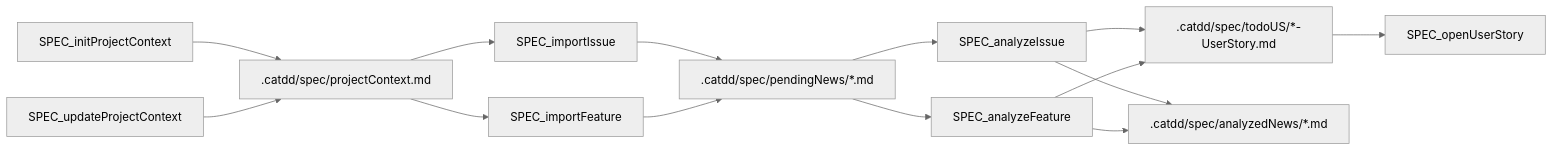
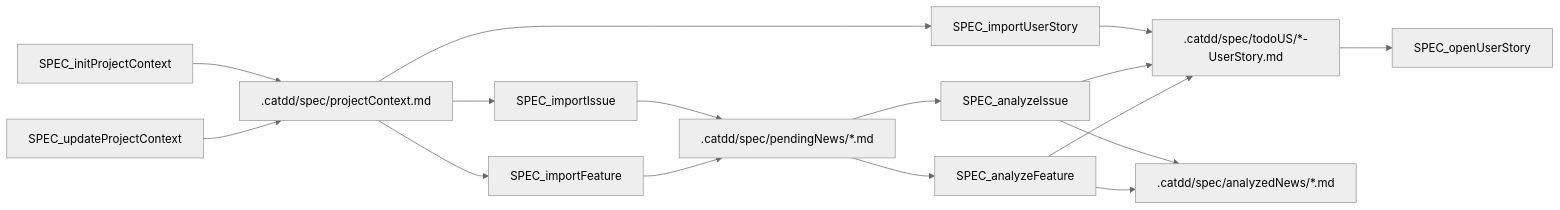
Before and after one commit to EnigmaWU/MyCaTDD: the first of 3 diagrams in slashCommands/flows/Px-SpecFlow.md, drawn with Mermaid (neutral theme). The commit also changed other lines of this file and 1 other file, not shown here.

First line of the commit message:
specflow: direct structured user-story import to todoUS

````diff
--- a/slashCommands/flows/Px-SpecFlow.md
+++ b/slashCommands/flows/Px-SpecFlow.md
@@ -149,18 +154,20 @@
 ```mermaid
 flowchart LR
     Init["SPEC_initProjectContext"] --> Context[".catdd/spec/projectContext.md"]
     UpdateContext["SPEC_updateProjectContext"] --> Context
     Context --> ImportIssue["SPEC_importIssue"]
     Context --> ImportFeature["SPEC_importFeature"]
+    Context --> ImportUserStory["SPEC_importUserStory"]
 
     ImportIssue --> Pending[".catdd/spec/pendingNews/*.md"]
     ImportFeature --> Pending
+    ImportUserStory --> Todo
     Pending --> AnalyzeIssue["SPEC_analyzeIssue"]
     Pending --> AnalyzeFeature["SPEC_analyzeFeature"]
     AnalyzeIssue --> Todo[".catdd/spec/todoUS/*-UserStory.md"]
     AnalyzeFeature --> Todo
     AnalyzeIssue --> Analyzed[".catdd/spec/analyzedNews/*.md"]
     AnalyzeFeature --> Analyzed
 
     Todo --> Open["SPEC_openUserStory"]
 ```
````
